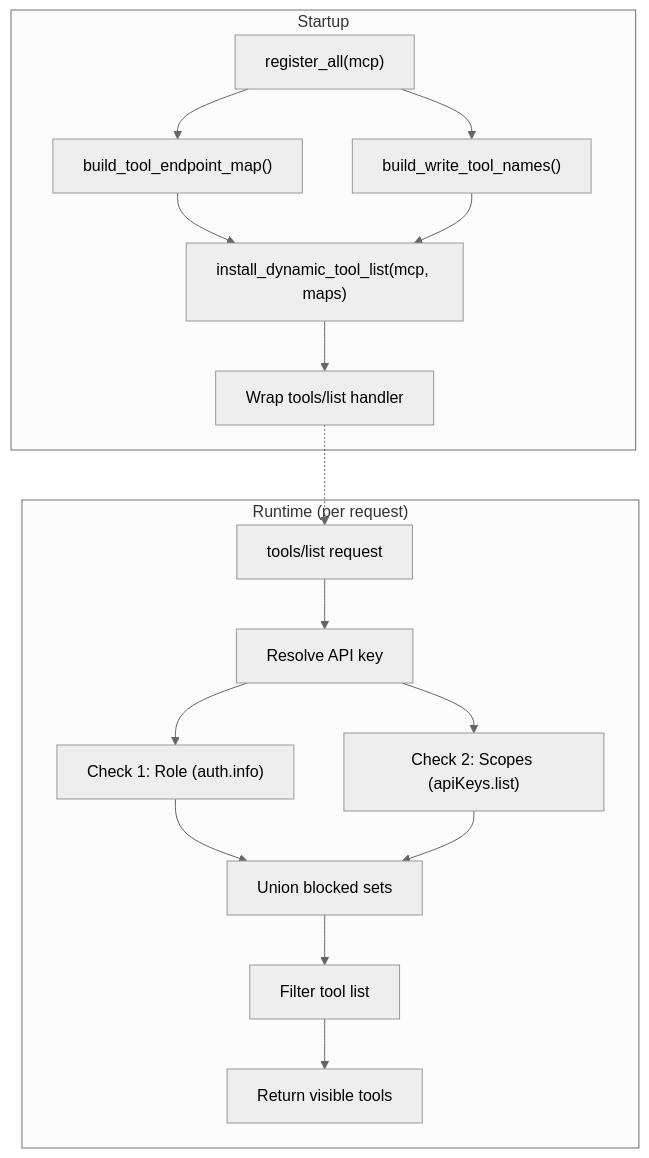
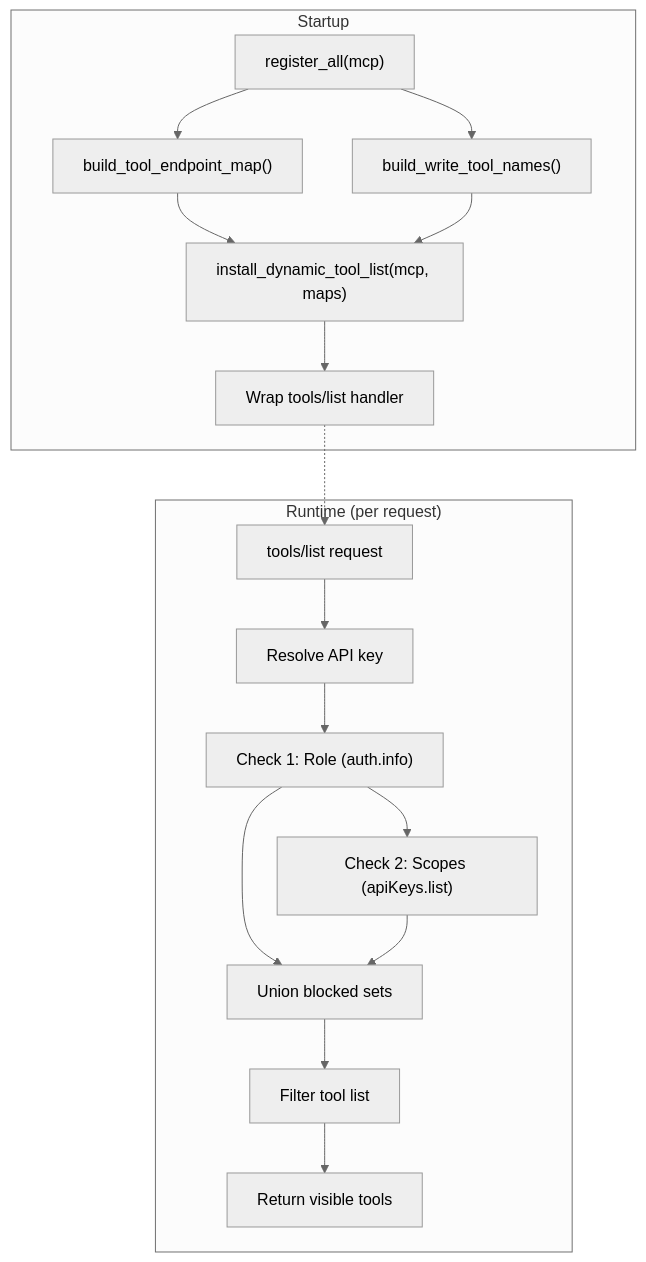
The first of 3 diagrams in docs/dynamic-tool-list.md (Vortiago/mcp-outline), drawn with Mermaid (neutral theme) before and after one commit. The commit also changed other lines of this file, not shown here.

First line of the commit message:
docs: fix sequential check ordering and remove redundant sections

````diff
--- a/docs/dynamic-tool-list.md
+++ b/docs/dynamic-tool-list.md
@@ -11,22 +11,22 @@
 ```mermaid
 flowchart TB
     subgraph Startup
         A["register_all(mcp)"] --> B["build_tool_endpoint_map()"]
         A --> C["build_write_tool_names()"]
         B --> D["install_dynamic_tool_list(mcp, maps)"]
         C --> D
         D --> E["Wrap tools/list handler"]
     end
 
     subgraph Runtime ["Runtime (per request)"]
         F["tools/list request"] --> G["Resolve API key"]
         G --> H["Check 1: Role (auth.info)"]
-        G --> I["Check 2: Scopes (apiKeys.list)"]
+        H --> I["Check 2: Scopes (apiKeys.list)"]
         H --> J["Union blocked sets"]
         I --> J
         J --> K["Filter tool list"]
         K --> L["Return visible tools"]
     end
 
     E -.-> F
 ```
````
